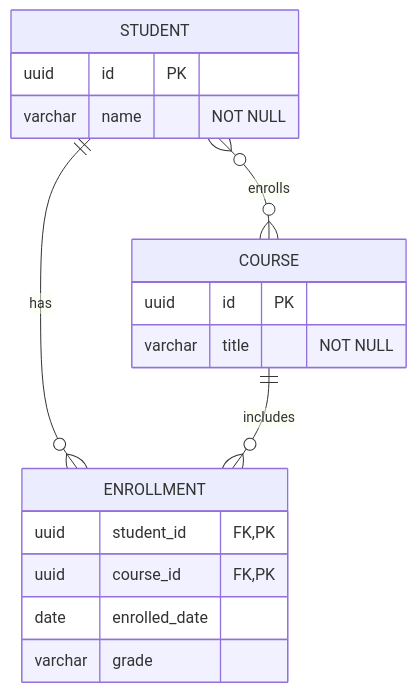
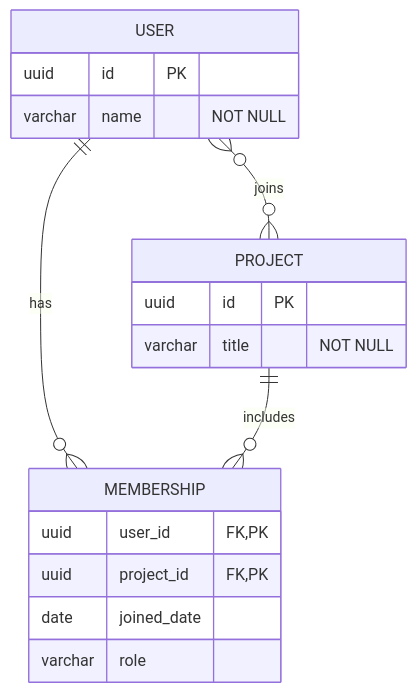
One commit to flatrick/agent-skills changed diagram 12 of 19 in mastery-of-mermaid/references/common-patterns.md. Above: the diagram before and after it, drawn with Mermaid. The commit also changed other lines of this file and 44 other files, not shown here.

First line of the commit message:
docs: retheme mastery-of-mermaid examples to software-dev scenarios

````diff
--- a/mastery-of-mermaid/references/common-patterns.md
+++ b/mastery-of-mermaid/references/common-patterns.md
@@ -395,23 +395,23 @@
 ```mermaid
 erDiagram
-    STUDENT }o--o{ COURSE : enrolls
-    STUDENT ||--o{ ENROLLMENT : has
-    COURSE ||--o{ ENROLLMENT : includes
+    USER }o--o{ PROJECT : joins
+    USER ||--o{ MEMBERSHIP : has
+    PROJECT ||--o{ MEMBERSHIP : includes
 
-    STUDENT {
+    USER {
         uuid id PK
         varchar name "NOT NULL"
     }
 
-    ENROLLMENT {
-        uuid student_id FK, PK
-        uuid course_id FK, PK
-        date enrolled_date
-        varchar grade
+    MEMBERSHIP {
+        uuid user_id FK, PK
+        uuid project_id FK, PK
+        date joined_date
+        varchar role
     }
 
-    COURSE {
+    PROJECT {
         uuid id PK
         varchar title "NOT NULL"
     }
 ```
````
